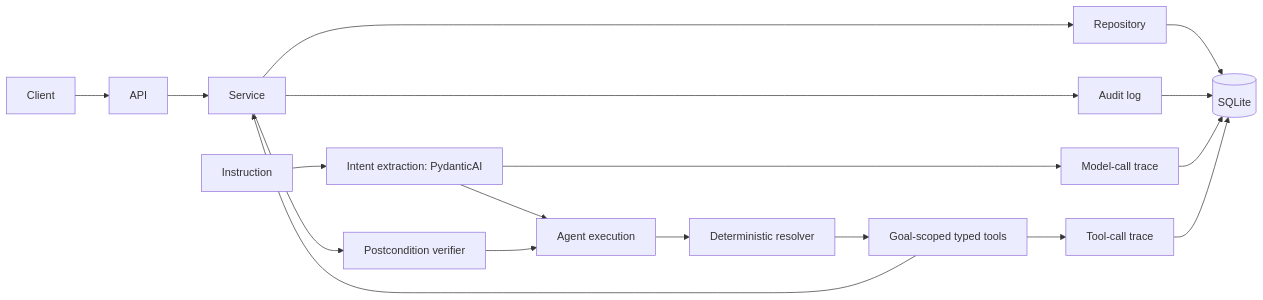
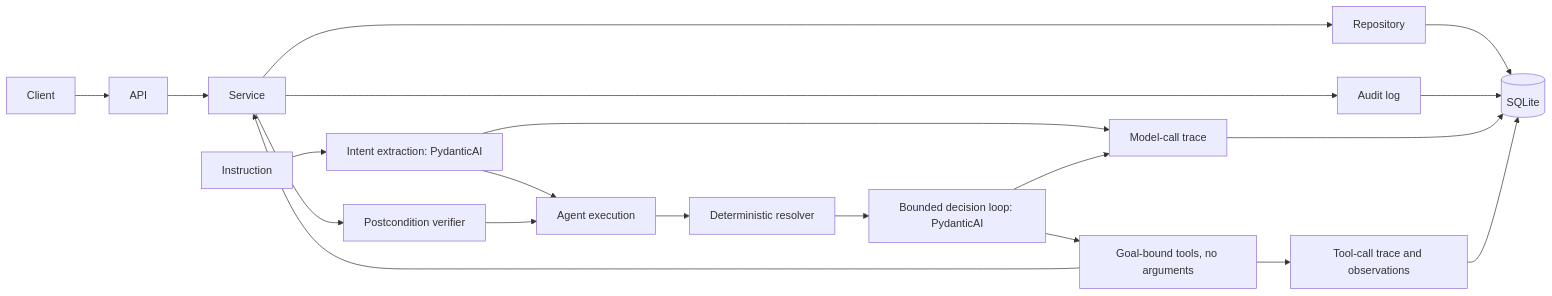
The diagram in README.md (bksampadi/saas-agent-lab), drawn with Mermaid before and after one commit. The commit also changed other lines of this file and 1 other file, not shown here.

First line of the commit message:
Update agent roadmap for bounded decision execution

````diff
--- a/README.md
+++ b/README.md
@@ -66,23 +66,25 @@
 ```mermaid
 flowchart LR
     Client --> API
     API --> Service
     Service --> Repository
     Repository --> DB[(SQLite)]
 
     Service --> Audit[Audit log]
     Audit --> DB
 
     Instruction --> Planner[Intent extraction: PydanticAI]
     Planner --> ModelTrace[Model-call trace]
     Planner --> AgentRun[Agent execution]
     AgentRun --> Resolver[Deterministic resolver]
-    Resolver --> Tools[Goal-scoped typed tools]
+    Resolver --> Decision[Bounded decision loop: PydanticAI]
+    Decision --> ModelTrace
+    Decision --> Tools[Goal-bound tools, no arguments]
     Tools --> Service
-    Tools --> Trace[Tool-call trace]
+    Tools --> Trace[Tool-call trace and observations]
     ModelTrace --> DB
     Trace --> DB
 
     Service --> Verifier[Postcondition verifier]
     Verifier --> AgentRun
 ```
````
